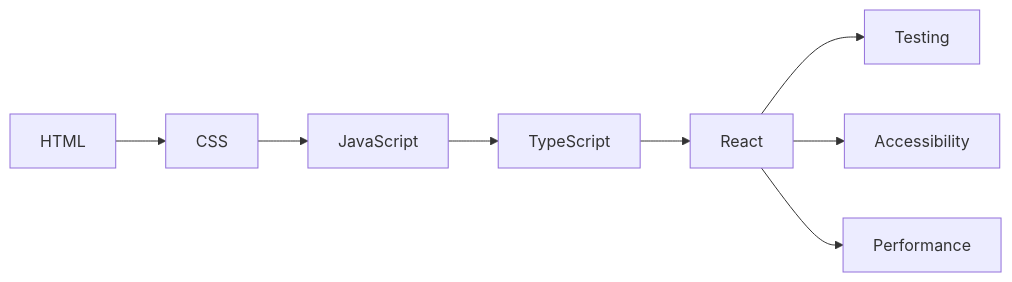
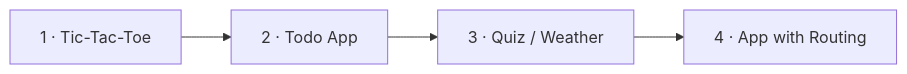
One commit to issachar-vin/frontend-course changed the diagram in docs/ROADMAP.md. Above: the diagram before and after it, drawn with Mermaid. The commit also changed other lines of this file and 11 other files, not shown here.

````diff
--- a/docs/ROADMAP.md
+++ b/docs/ROADMAP.md
@@ -30,7 +33,4 @@
 ```mermaid
 graph LR
-  HTML --> CSS --> JS[JavaScript] --> TS[TypeScript] --> React
-  React --> Testing
-  React --> A11y[Accessibility]
-  React --> Perf[Performance]
+  P1[1 · Tic-Tac-Toe] --> P2[2 · Todo App] --> P3[3 · Quiz / Weather] --> P4[4 · App with Routing]
 ```
````
